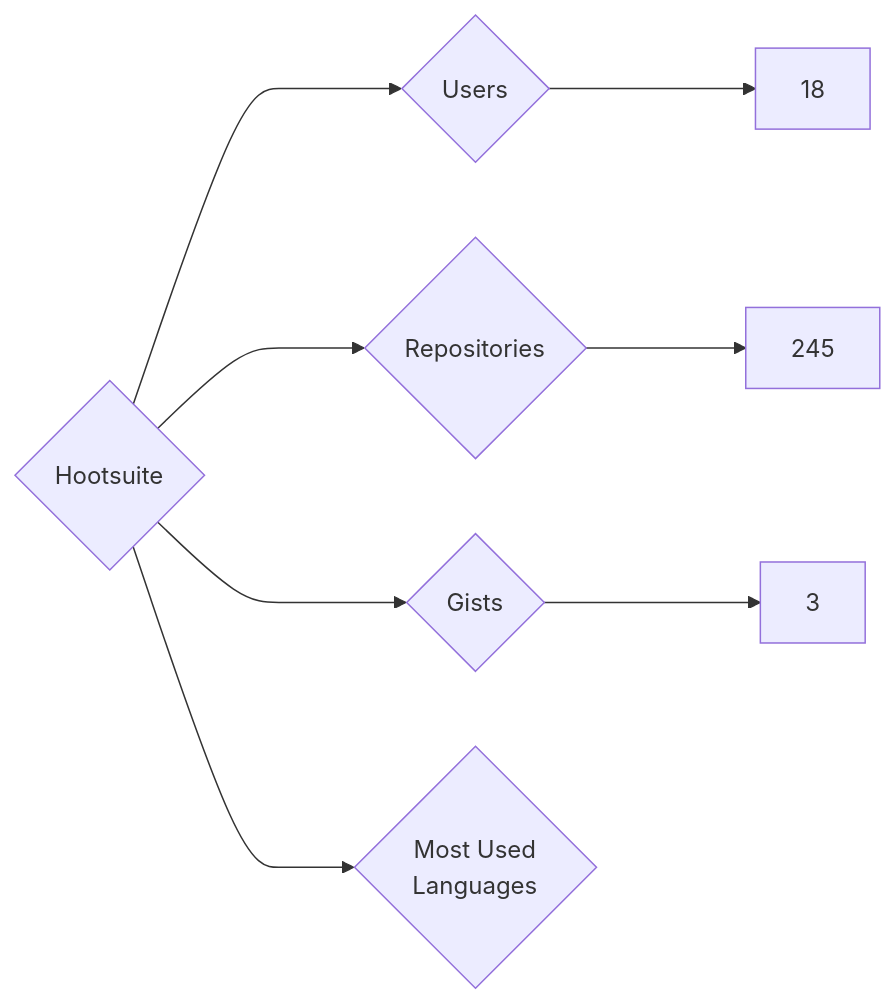
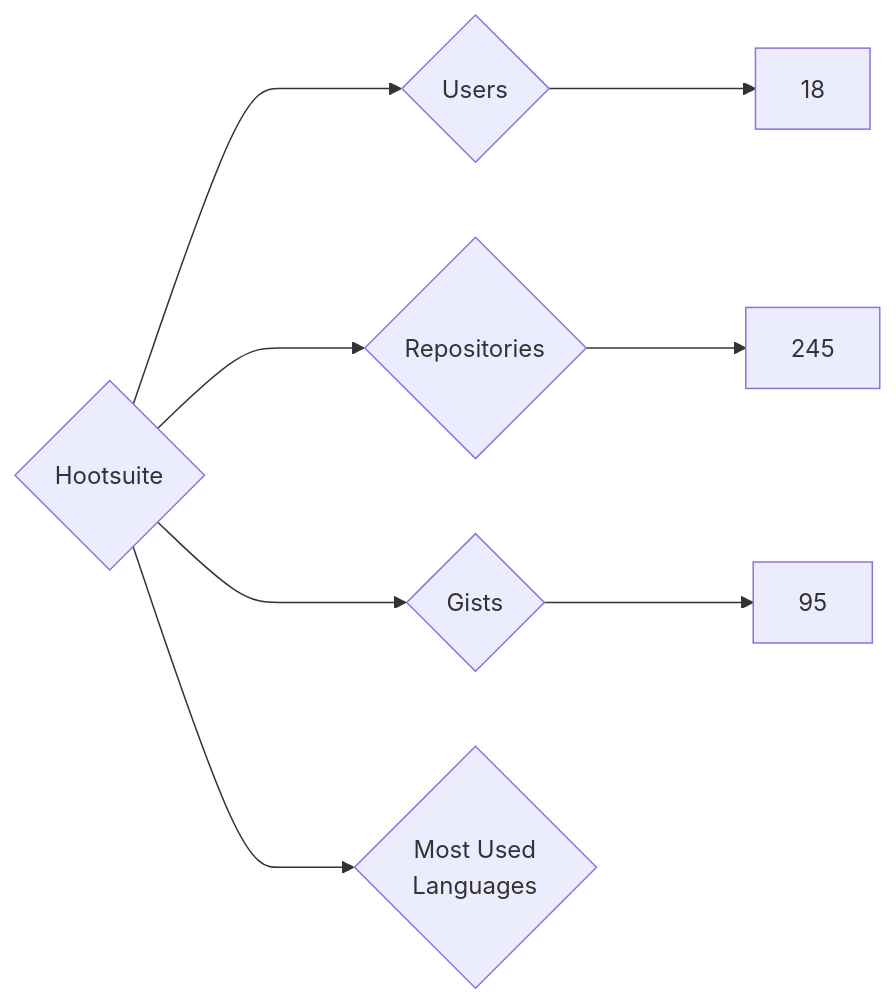
One commit to nenadzaric/insiders changed the diagram in targets/Hootsuite/README.md. Above: the diagram before and after it, drawn with Mermaid. The commit also changed 1342 other files, not shown here.

````diff
--- a/targets/Hootsuite/README.md
+++ b/targets/Hootsuite/README.md
@@ -3,8 +3,8 @@
 ```mermaid
 graph LR
 COMPANY_NAME{Hootsuite}
 COMPANY_NAME ---> U{Users} ---> UN[18]
 COMPANY_NAME ---> R{Repositories} ---> RN[245]
-COMPANY_NAME ---> G{Gists} ---> GN[3]
+COMPANY_NAME ---> G{Gists} ---> GN[95]
 COMPANY_NAME ---> ML{Most Used<br>Languages}
 ```
````
